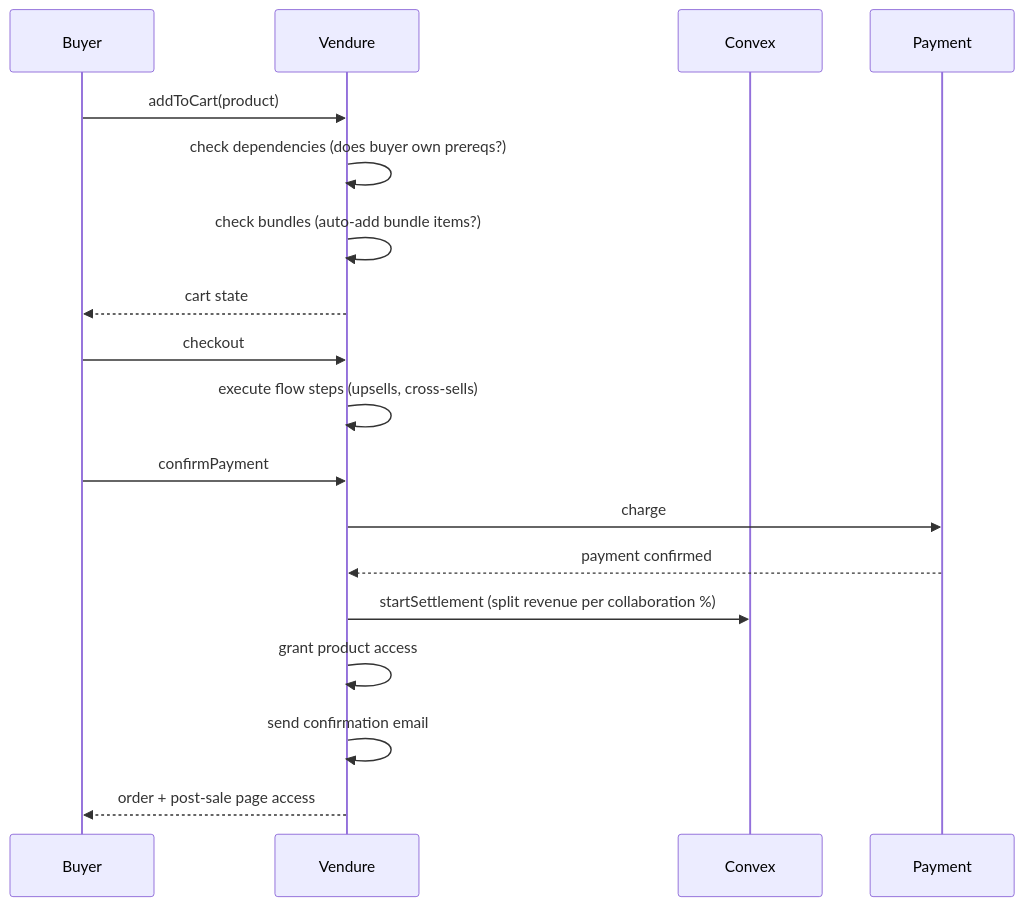
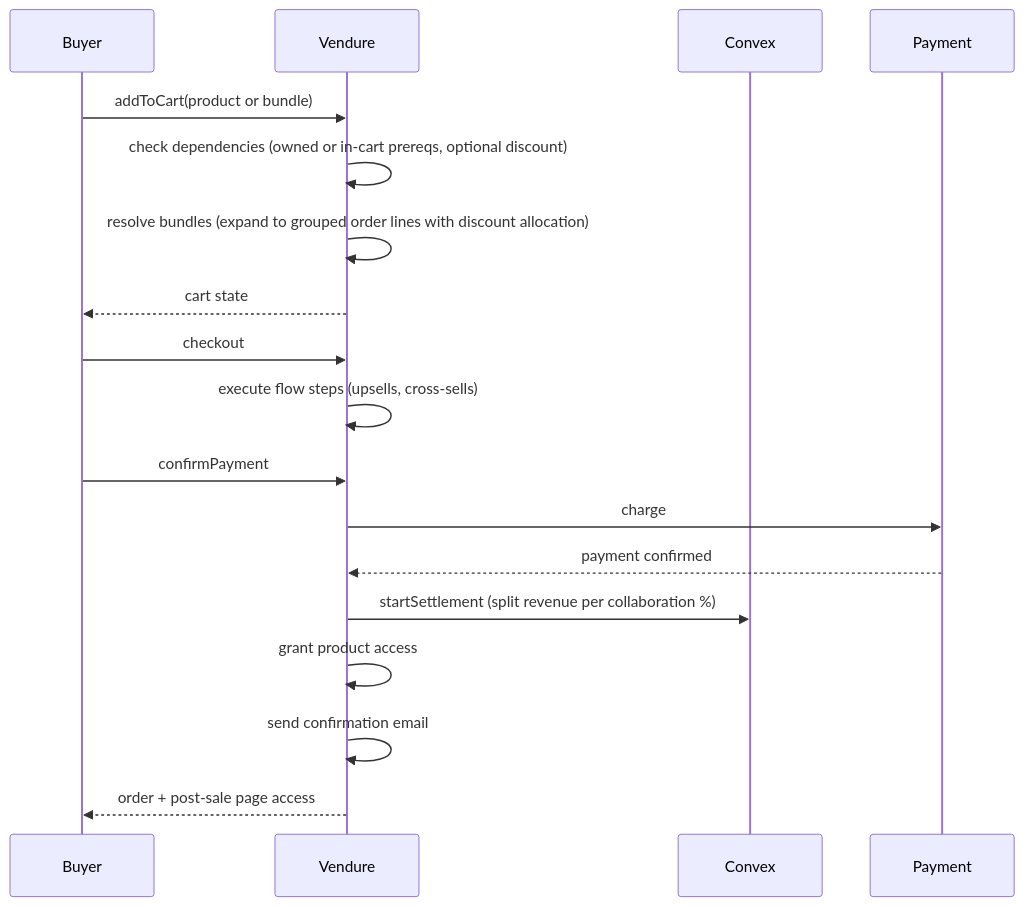
The fourth of 14 diagrams in docs/architecture.md (Yeusepe/simket), drawn with Mermaid before and after one commit. The commit also changed 74 other files, not shown here.

````diff
--- a/docs/architecture.md
+++ b/docs/architecture.md
@@ -235,24 +235,24 @@
 ```mermaid
 sequenceDiagram
     participant B as Buyer
     participant V as Vendure
     participant CVX as Convex
     participant PAY as Payment
 
-    B->>V: addToCart(product)
-    V->>V: check dependencies (does buyer own prereqs?)
-    V->>V: check bundles (auto-add bundle items?)
+    B->>V: addToCart(product or bundle)
+    V->>V: check dependencies (owned or in-cart prereqs, optional discount)
+    V->>V: resolve bundles (expand to grouped order lines with discount allocation)
     V-->>B: cart state
 
     B->>V: checkout
     V->>V: execute flow steps (upsells, cross-sells)
 
     B->>V: confirmPayment
     V->>PAY: charge
     PAY-->>V: payment confirmed
 
     V->>CVX: startSettlement (split revenue per collaboration %)
     V->>V: grant product access
     V->>V: send confirmation email
     V-->>B: order + post-sale page access
 ```
````
